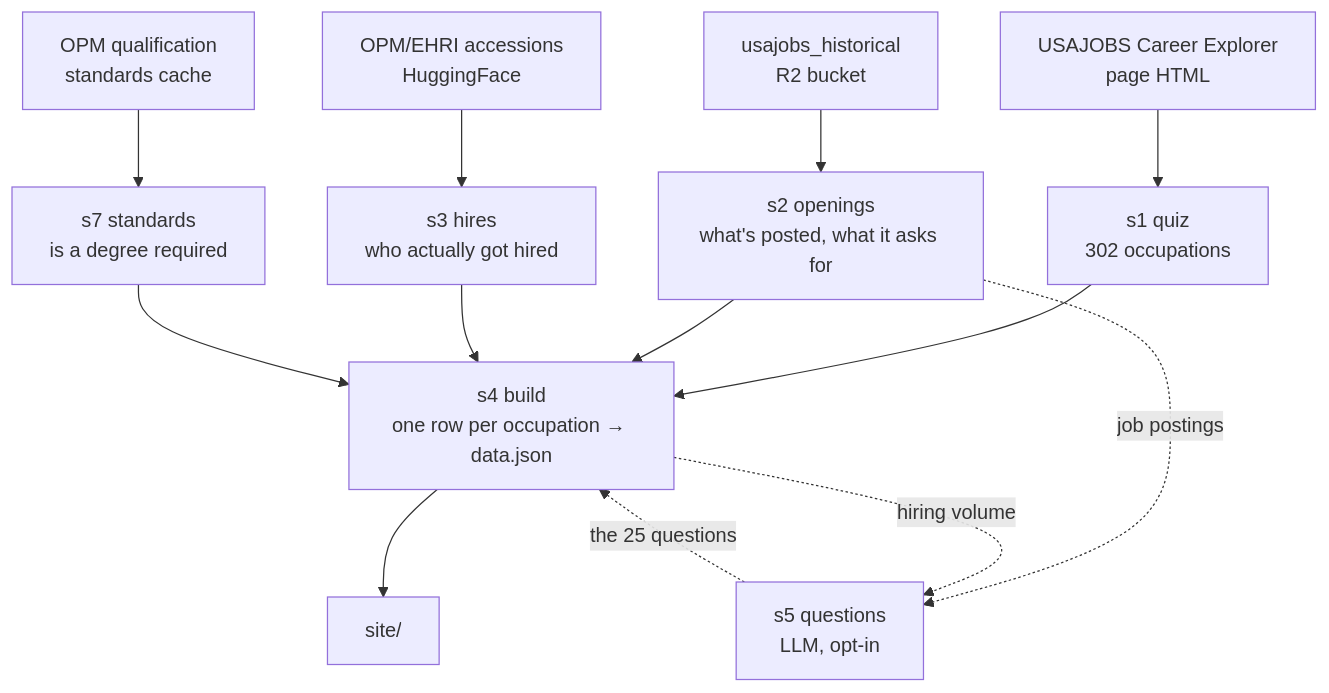
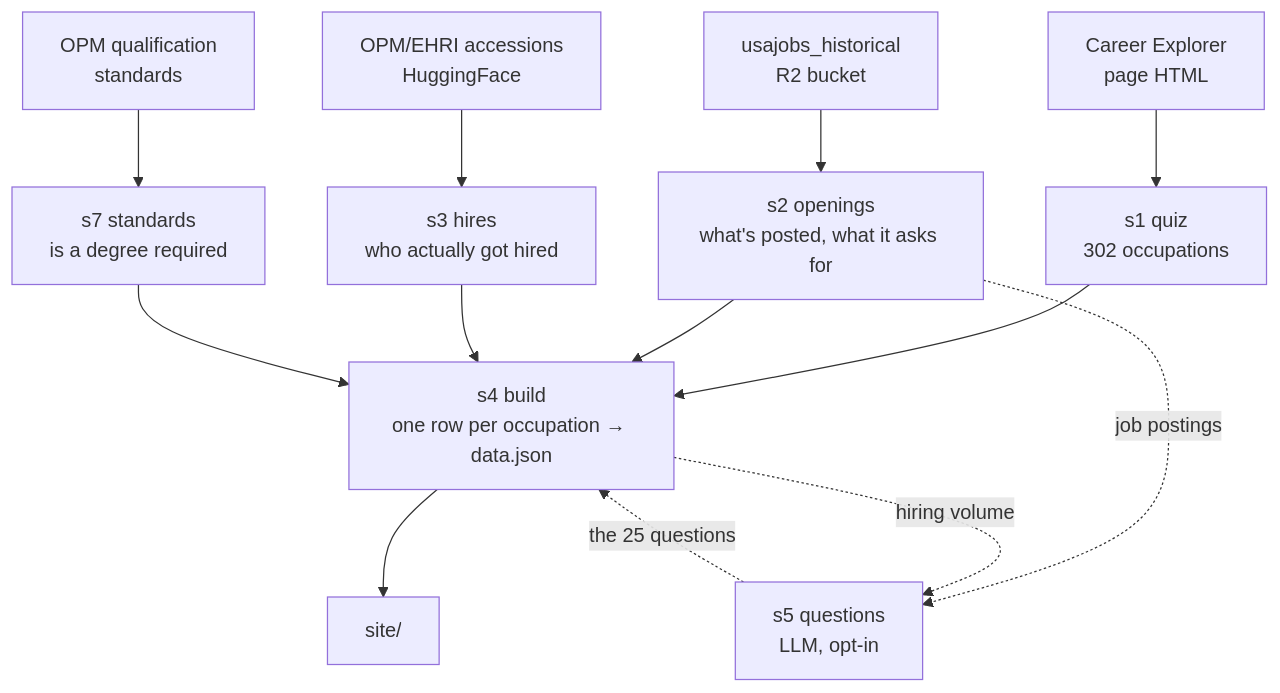
One commit to abigailhaddad/usajobs-career-explorer changed the diagram in README.md. Above: the diagram before and after it, drawn with Mermaid. The commit also changed other lines of this file and 10 other files, not shown here.

````diff
--- a/README.md
+++ b/README.md
@@ -31,18 +31,18 @@
 ```mermaid
 flowchart TD
-    CE[USAJOBS Career Explorer<br/>page HTML] --> S1
+    CE[Career Explorer<br/>page HTML] --> S1
     R2[usajobs_historical<br/>R2 bucket] --> S2
     HF[OPM/EHRI accessions<br/>HuggingFace] --> S3
-    STD[OPM qualification<br/>standards cache] --> S7
+    STD[OPM qualification<br/>standards] --> S7
 
     S1[s1 quiz<br/>302 occupations] --> S4
     S2[s2 openings<br/>what's posted, what it asks for] --> S4
     S3[s3 hires<br/>who actually got hired] --> S4
     S7[s7 standards<br/>is a degree required] --> S4
 
     S4[s4 build<br/>one row per occupation → data.json] --> SITE[site/]
 
     S2 -.job postings.-> S5[s5 questions<br/>LLM, opt-in]
     S4 -.hiring volume.-> S5
     S5 -.the 25 questions.-> S4
 ```
````
